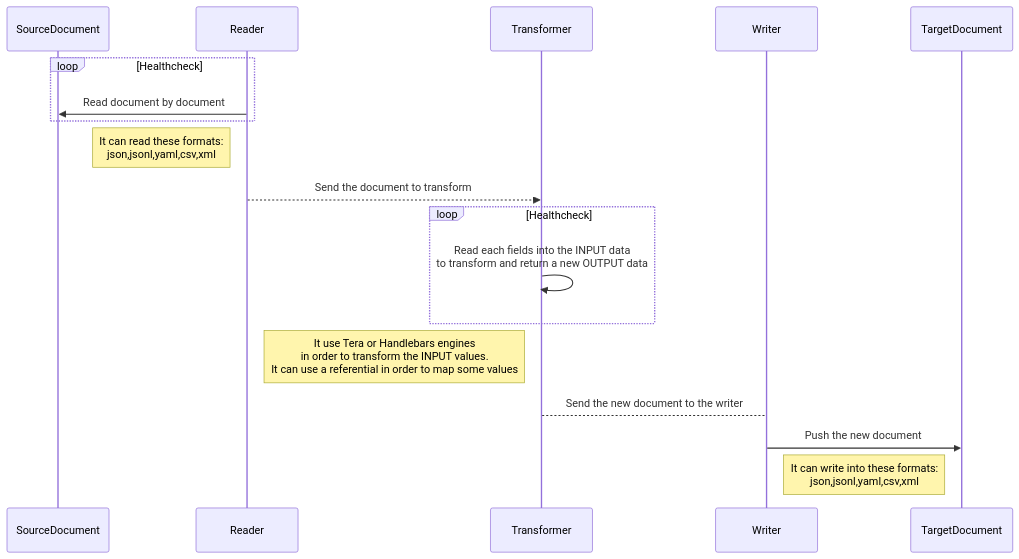
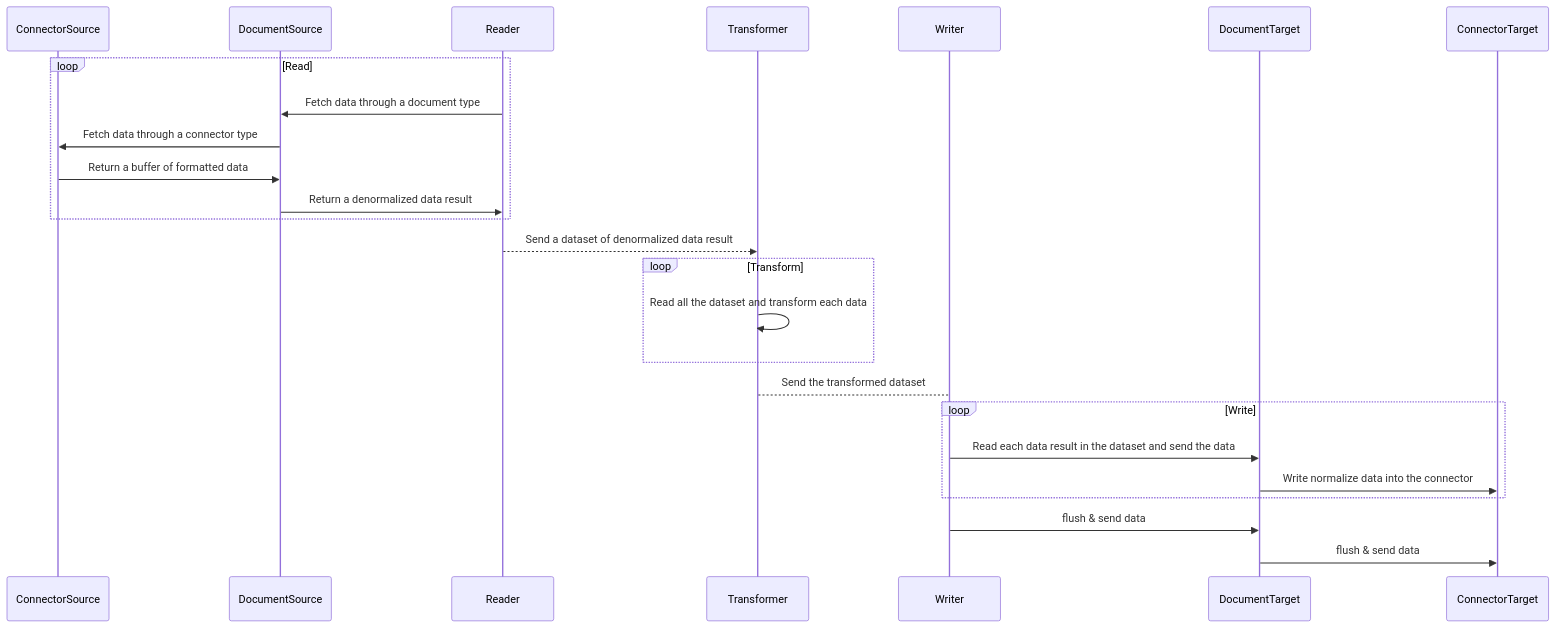
One commit to jmfiaschi/chewdata changed the diagram in README.md. Above: the diagram before and after it, drawn with Mermaid. The commit also changed other lines of this file and 101 other files, not shown here.

````diff
--- a/README.md
+++ b/README.md
@@ -7,19 +8,25 @@
 ```Mermaid
 sequenceDiagram
-    participant SourceDocument
+    participant ConnectorSource
+    participant DocumentSource
     participant Reader
     participant Transformer
     participant Writer
-    loop Healthcheck
-        Reader->>SourceDocument: Read document by document
+    loop Read
+        Reader->>DocumentSource: Fetch data through a document type
+        DocumentSource->>ConnectorSource: Fetch data through a connector type
+        ConnectorSource->>DocumentSource: Return a buffer of formatted data
+        DocumentSource->>Reader: Return a denormalized data result 
     end
-    Note left of Reader: It can read these formats:<br/>json,jsonl,yaml,csv,xml
-    Reader-->>Transformer: Send the document to transform
-    loop Healthcheck
-        Transformer->>Transformer: Read each fields into the INPUT data <br/>to transform and return a new OUTPUT data
+    Reader-->>Transformer: Send a dataset of denormalized data result
+    loop Transform
+        Transformer->>Transformer: Read all the dataset and transform each data
     end
-    Note left of Transformer: It use Tera or Handlebars engines<br/> in order to transform the INPUT values.<br/>It can use a referential in order to map some values
-    Transformer-->Writer: Send the new document to the writer
-    Writer->>TargetDocument: Push the new document
-    Note right of Writer: It can write into these formats:<br/>json,jsonl,yaml,csv,xml
+    Transformer-->Writer: Send the transformed dataset
+    loop Write
+        Writer->>DocumentTarget: Read each data result in the dataset and send the data
+        DocumentTarget->>ConnectorTarget: Write normalize data into the connector
+    end
+    Writer->>DocumentTarget: flush & send data
+    DocumentTarget->>ConnectorTarget: flush & send data
 ```
````
